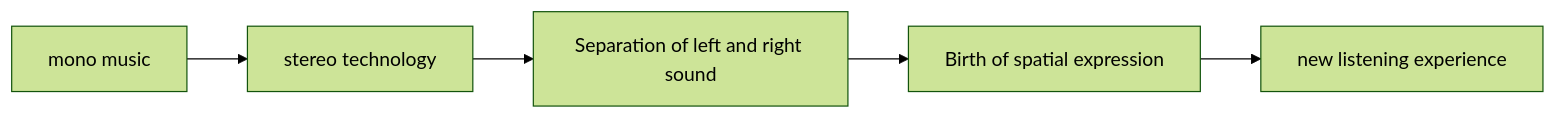
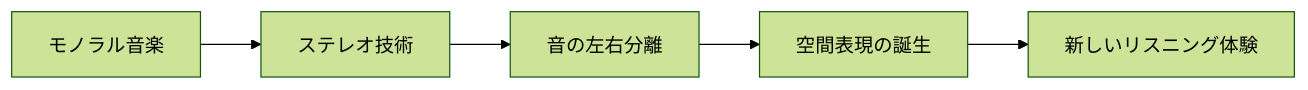
Before and after one commit to monumental-movement/monumental-movement.github.io: the first of 6 diagrams in en/_posts/2026-03-21-column-esquivel.md, drawn with Mermaid (forest theme). The commit also changed other lines of this file and 2196 other files, not shown here.

```diff
--- a/en/_posts/2026-03-21-column-esquivel.md
+++ b/en/_posts/2026-03-21-column-esquivel.md
@@ -76,7 +76,7 @@
 <div class="mermaid">
 graph LR
-A[mono music] --> B[stereo technology]
-B --> C[Separation of left and right sound]
-C --> D[Birth of spatial expression]
-D --> E[new listening experience]
+A[モノラル音楽] --> B[ステレオ技術]
+B --> C[音の左右分離]
+C --> D[空間表現の誕生]
+D --> E[新しいリスニング体験]
 </div>
```
